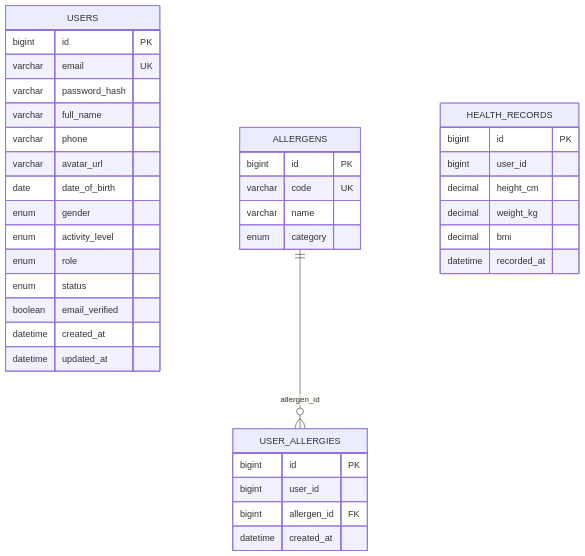
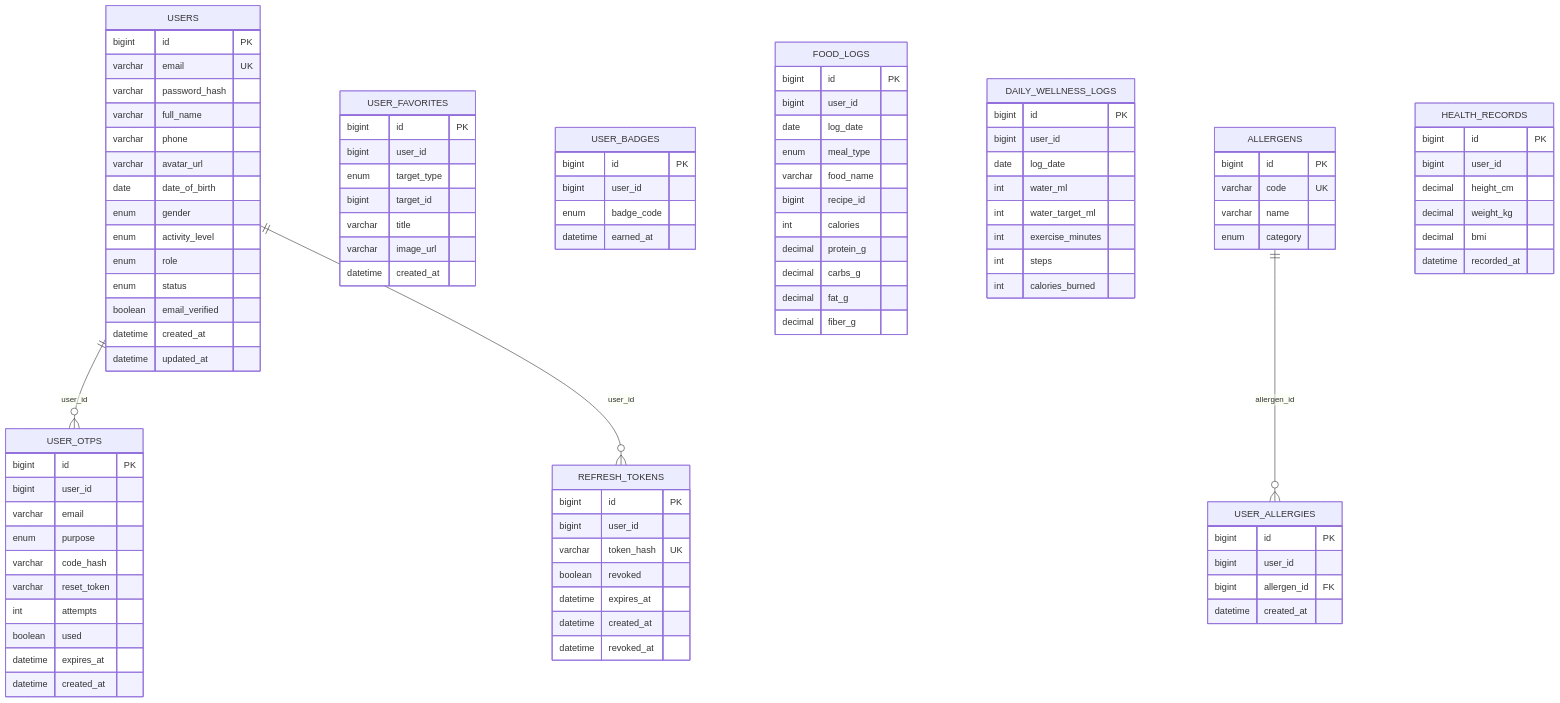
Before and after one commit to Phu0312/VeggiePal-Microservice: the seventh of 19 diagrams in docs/PRM_CAPSTONE.md, drawn with Mermaid. The commit also changed other lines of this file and 170 other files, not shown here.

````diff
--- a/docs/PRM_CAPSTONE.md
+++ b/docs/PRM_CAPSTONE.md
@@ -513,6 +514,65 @@
         boolean email_verified
         datetime created_at
         datetime updated_at
+    }
+    USER_OTPS {
+        bigint id PK
+        bigint user_id
+        varchar email
+        enum purpose
+        varchar code_hash
+        varchar reset_token
+        int attempts
+        boolean used
+        datetime expires_at
+        datetime created_at
+    }
+    REFRESH_TOKENS {
+        bigint id PK
+        bigint user_id
+        varchar token_hash UK
+        boolean revoked
+        datetime expires_at
+        datetime created_at
+        datetime revoked_at
+    }
+    USER_FAVORITES {
+        bigint id PK
+        bigint user_id
+        enum target_type
+        bigint target_id
+        varchar title
+        varchar image_url
+        datetime created_at
+    }
+    USER_BADGES {
+        bigint id PK
+        bigint user_id
+        enum badge_code
+        datetime earned_at
+    }
+    FOOD_LOGS {
+        bigint id PK
+        bigint user_id
+        date log_date
+        enum meal_type
+        varchar food_name
+        bigint recipe_id
+        int calories
+        decimal protein_g
+        decimal carbs_g
+        decimal fat_g
+        decimal fiber_g
+    }
+    DAILY_WELLNESS_LOGS {
+        bigint id PK
+        bigint user_id
+        date log_date
+        int water_ml
+        int water_target_ml
+        int exercise_minutes
+        int steps
+        int calories_burned
     }
     ALLERGENS {
         bigint id PK
@@ -534,5 +594,7 @@
         decimal bmi
         datetime recorded_at
     }
+    USERS ||--o{ USER_OTPS : "user_id"
+    USERS ||--o{ REFRESH_TOKENS : "user_id"
     ALLERGENS ||--o{ USER_ALLERGIES : "allergen_id"
 ```
````
